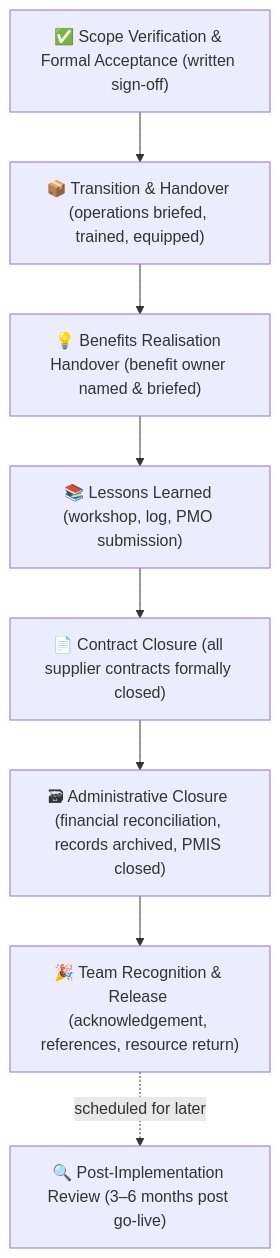
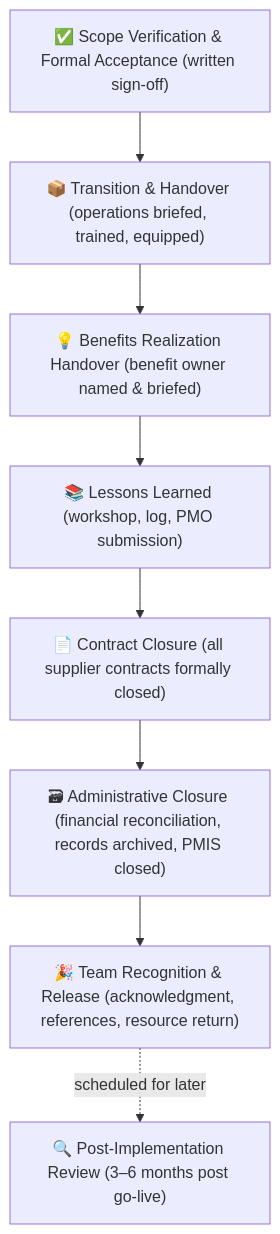
The first of 2 diagrams in modules/07-closing.md (UncleJS/course_projectManagement), drawn with Mermaid before and after one commit. The commit also changed other lines of this file and 63 other files, not shown here.

````diff
--- a/modules/07-closing.md
+++ b/modules/07-closing.md
@@ -80,13 +80,13 @@
 ```mermaid
 flowchart TD
     ACC["✅ Scope Verification & Formal Acceptance (written sign-off)"]
     HO["📦 Transition & Handover (operations briefed, trained, equipped)"]
-    BR["💡 Benefits Realisation Handover (benefit owner named & briefed)"]
+    BR["💡 Benefits Realization Handover (benefit owner named & briefed)"]
     LL["📚 Lessons Learned (workshop, log, PMO submission)"]
     CC["📄 Contract Closure (all supplier contracts formally closed)"]
     AC["🗃 Administrative Closure (financial reconciliation, records archived, PMIS closed)"]
-    TR["🎉 Team Recognition & Release (acknowledgement, references, resource return)"]
+    TR["🎉 Team Recognition & Release (acknowledgment, references, resource return)"]
     PIR["🔍 Post-Implementation Review (3–6 months post go-live)"]
     ACC --> HO --> BR --> LL --> CC --> AC --> TR
     TR -.->|"scheduled for later"| PIR
 ```
````
